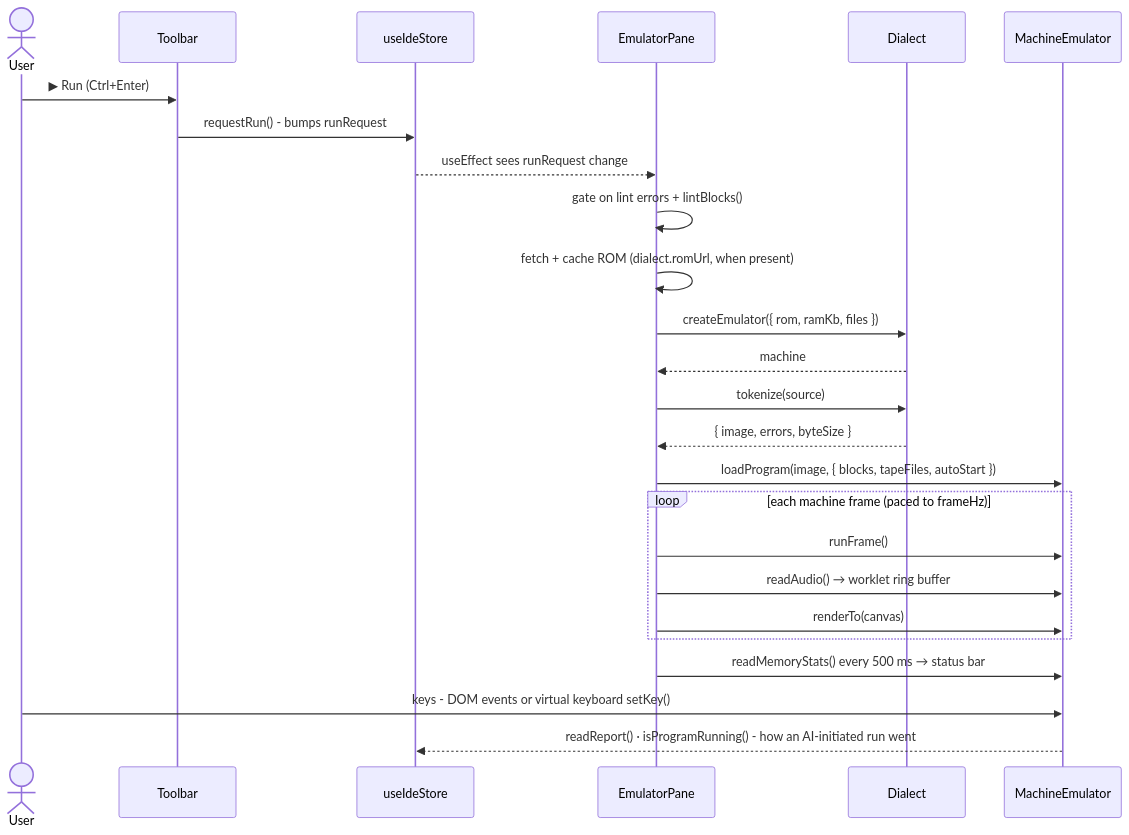
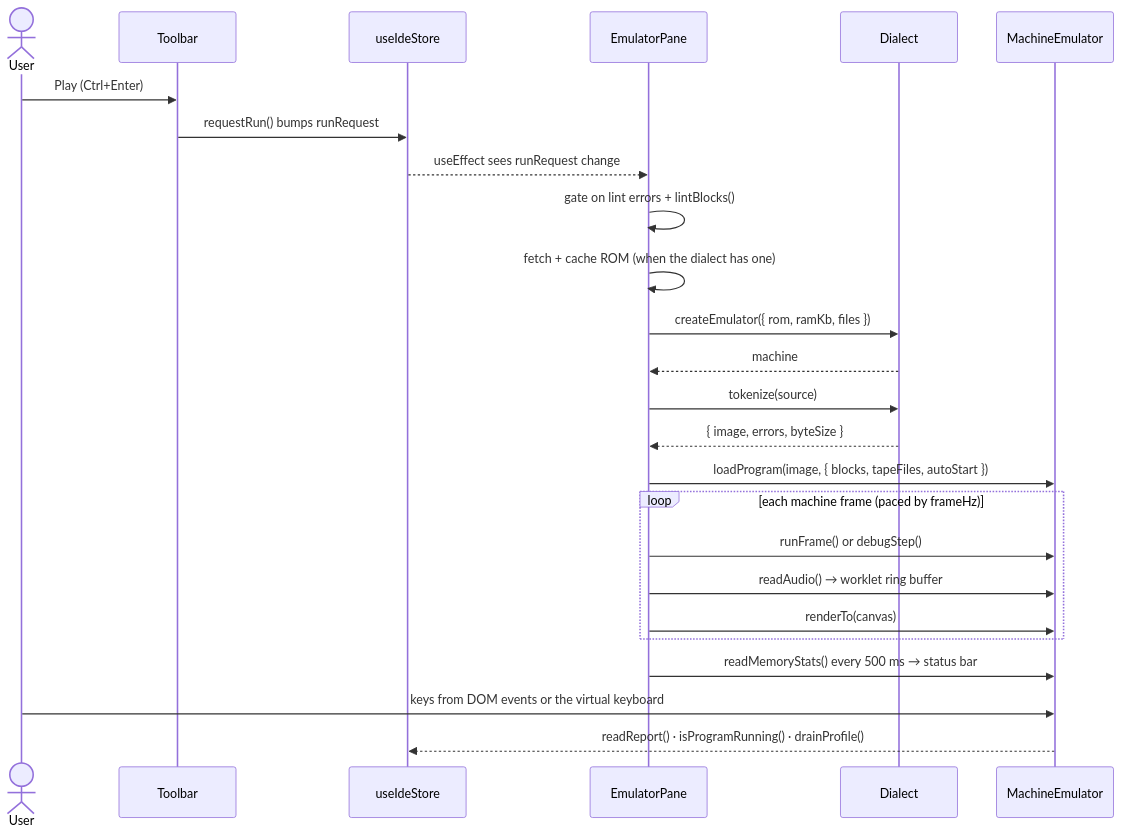
Before and after one commit to seanhodges/basically: the fifth of 12 diagrams in docs/contributing/architecture.md, drawn with Mermaid. The commit also changed other lines of this file and 4 other files, not shown here.

````diff
--- a/docs/contributing/architecture.md
+++ b/docs/contributing/architecture.md
@@ -546,28 +401,28 @@
 ```mermaid
 sequenceDiagram
   actor U as User
   participant T as Toolbar
   participant S as useIdeStore
   participant E as EmulatorPane
   participant D as Dialect
   participant M as MachineEmulator
 
-  U->>T: ▶ Run (Ctrl+Enter)
-  T->>S: requestRun() - bumps runRequest
+  U->>T: Play (Ctrl+Enter)
+  T->>S: requestRun() bumps runRequest
   S-->>E: useEffect sees runRequest change
   E->>E: gate on lint errors + lintBlocks()
-  E->>E: fetch + cache ROM (dialect.romUrl, when present)
+  E->>E: fetch + cache ROM (when the dialect has one)
   E->>D: createEmulator({ rom, ramKb, files })
   D-->>E: machine
   E->>D: tokenize(source)
   D-->>E: { image, errors, byteSize }
   E->>M: loadProgram(image, { blocks, tapeFiles, autoStart })
-  loop each machine frame (paced to frameHz)
-    E->>M: runFrame()
+  loop each machine frame (paced by frameHz)
+    E->>M: runFrame() or debugStep()
     E->>M: readAudio() → worklet ring buffer
     E->>M: renderTo(canvas)
   end
   E->>M: readMemoryStats() every 500 ms → status bar
-  U->>M: keys - DOM events or virtual keyboard setKey()
-  M-->>S: readReport() · isProgramRunning() - how an AI-initiated run went
+  U->>M: keys from DOM events or the virtual keyboard
+  M-->>S: readReport() · isProgramRunning() · drainProfile()
 ```
````
